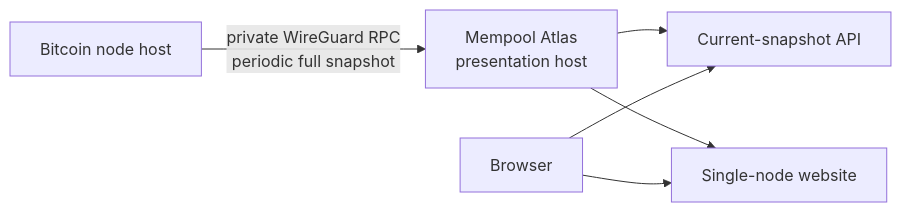
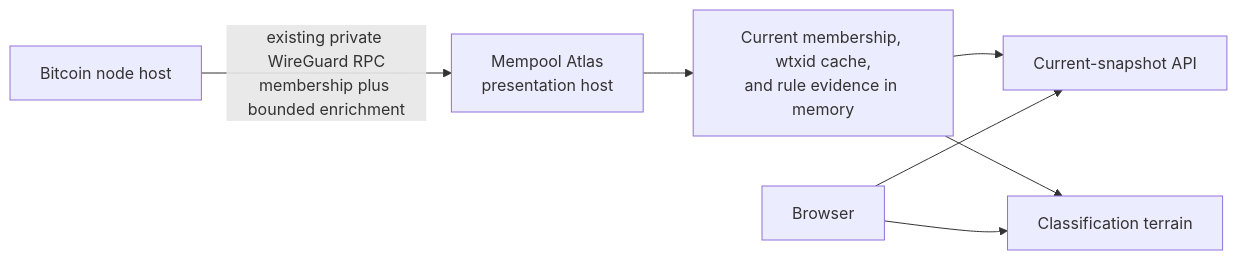
Before and after one commit to deadmanoz/mempool-atlas: the diagram in README.md, drawn with Mermaid. The commit also changed other lines of this file and 42 other files, not shown here.

Commit message:
feat(atlas): add current BIP-110 classification terrain

````diff
--- a/README.md
+++ b/README.md
@@ -15,8 +15,9 @@
 ```mermaid
 flowchart LR
-    node["Bitcoin node host"] -->|"private WireGuard RPC<br/>periodic full snapshot"| atlas["Mempool Atlas<br/>presentation host"]
-    atlas --> api["Current-snapshot API"]
-    atlas --> web["Single-node website"]
+    node["Bitcoin node host"] -->|"existing private WireGuard RPC<br/>membership plus bounded enrichment"| atlas["Mempool Atlas<br/>presentation host"]
+    atlas --> current["Current membership, wtxid cache,<br/>and rule evidence in memory"]
+    current --> api["Current-snapshot API"]
+    current --> web["Classification terrain"]
     browser["Browser"] --> web
     browser --> api
 ```
````
